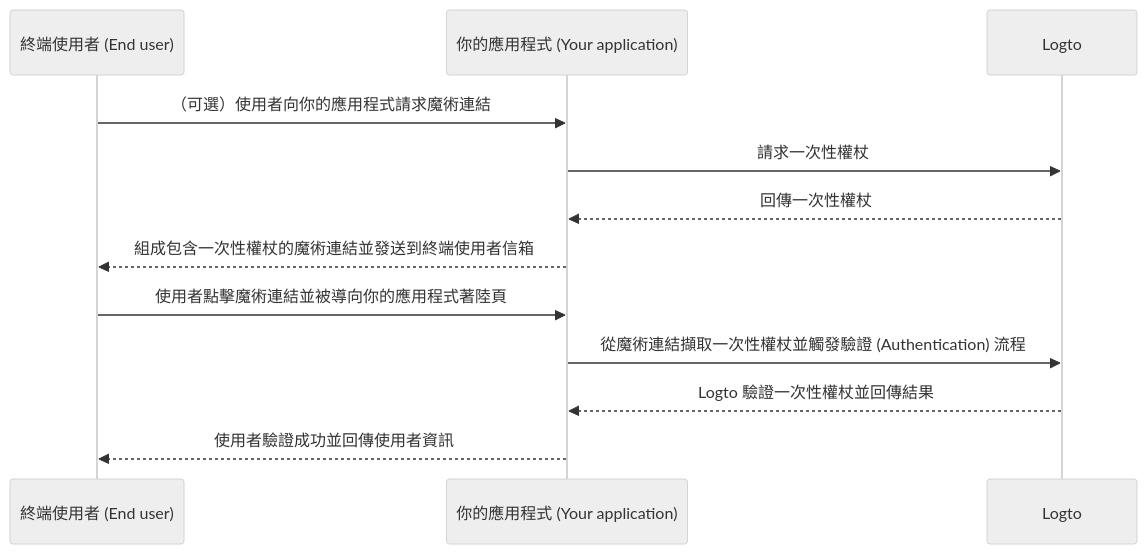
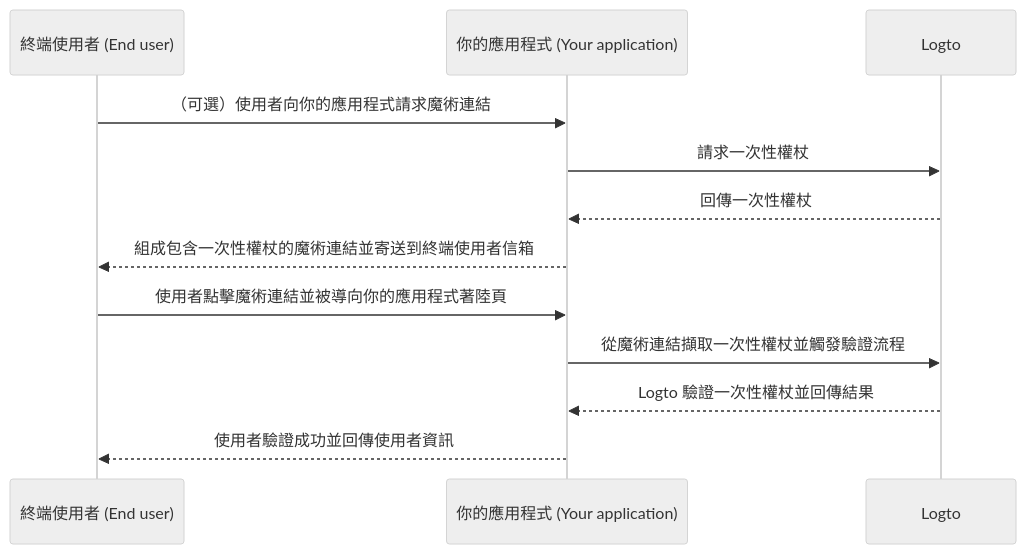
The diagram in i18n/zh-TW/docusaurus-plugin-content-docs/current/end-user-flows/one-time-token.mdx (logto-io/docs), drawn with Mermaid (neutral theme) before and after one commit. The commit also changed other lines of this file and 117 other files, not shown here.

````diff
--- a/i18n/zh-TW/docusaurus-plugin-content-docs/current/end-user-flows/one-time-token.mdx
+++ b/i18n/zh-TW/docusaurus-plugin-content-docs/current/end-user-flows/one-time-token.mdx
@@ -37,15 +37,15 @@
 ```mermaid
 sequenceDiagram
   participant U as 終端使用者 (End user)
   participant C as 你的應用程式 (Your application)
   participant L as Logto
 
   U ->> C: （可選）使用者向你的應用程式請求魔術連結
   C ->> L: 請求一次性權杖
   L -->> C: 回傳一次性權杖
-  C -->> U: 組成包含一次性權杖的魔術連結並發送到終端使用者信箱
+  C -->> U: 組成包含一次性權杖的魔術連結並寄送到終端使用者信箱
   U ->> C: 使用者點擊魔術連結並被導向你的應用程式著陸頁
-  C ->> L: 從魔術連結擷取一次性權杖並觸發驗證 (Authentication) 流程
+  C ->> L: 從魔術連結擷取一次性權杖並觸發驗證流程
   L -->> C: Logto 驗證一次性權杖並回傳結果
   C -->> U: 使用者驗證成功並回傳使用者資訊
 ```
````
